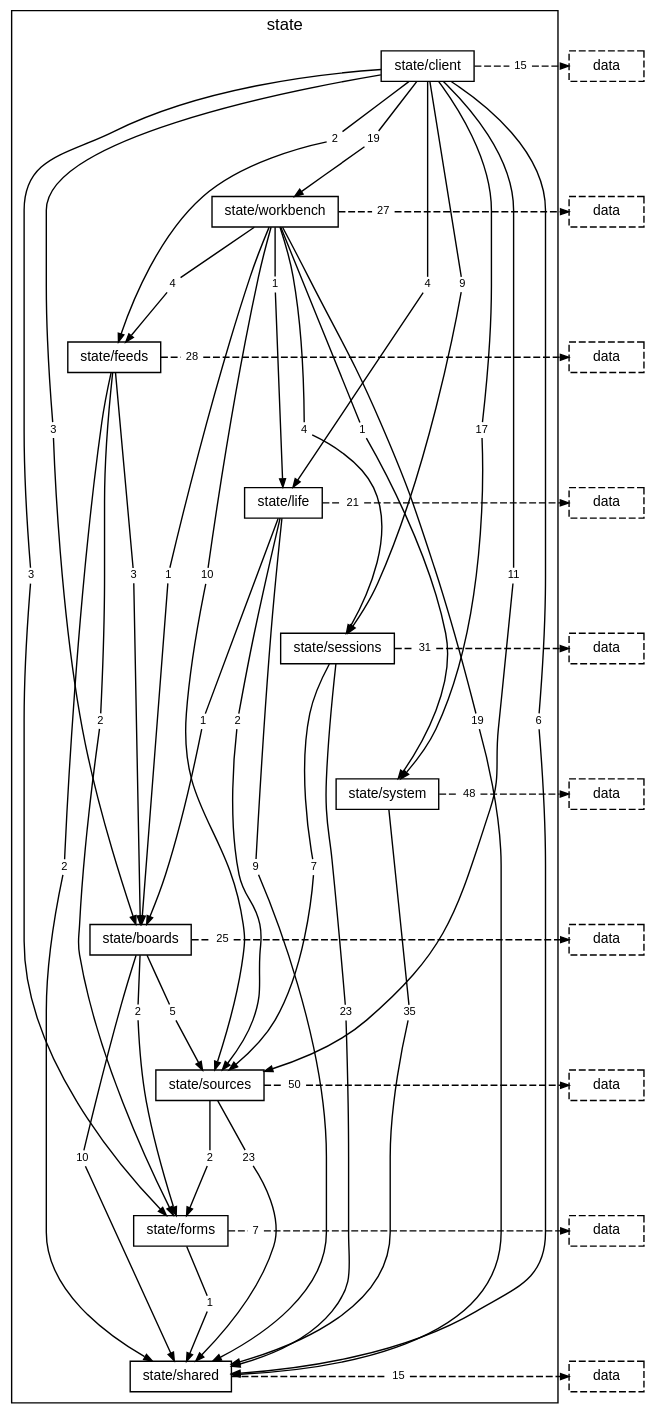
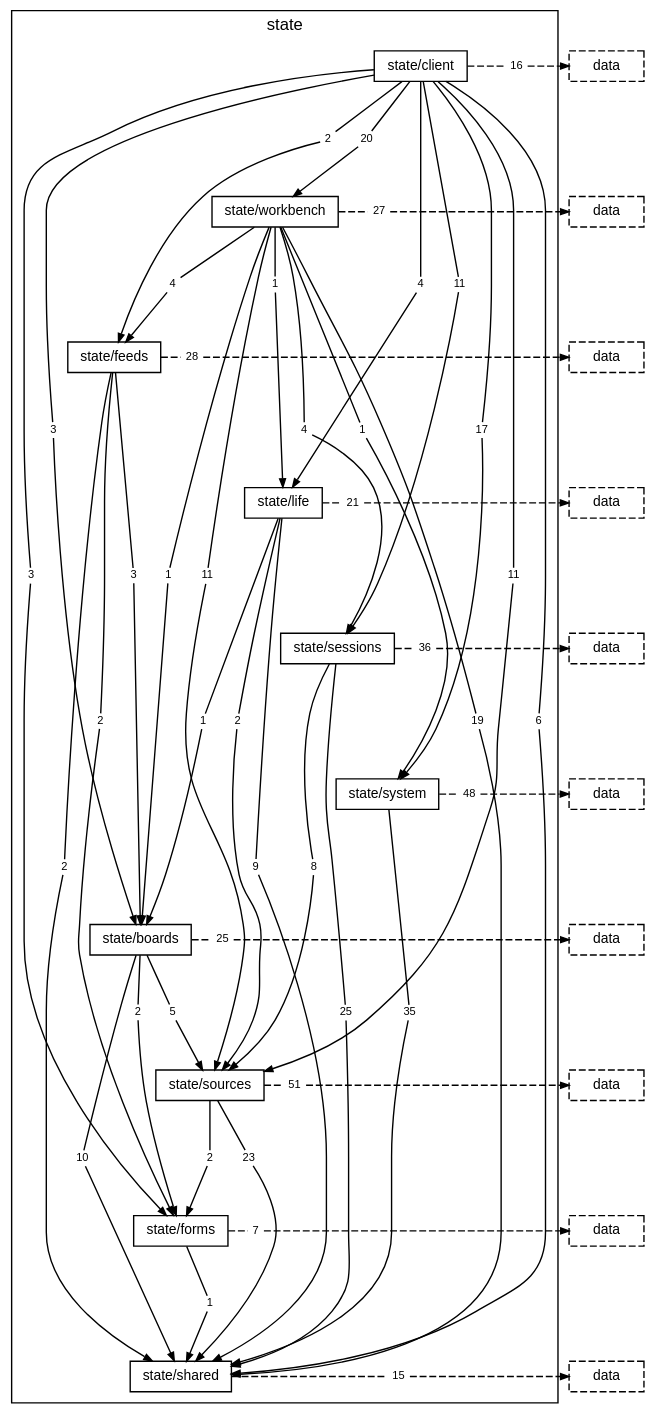
One commit to TheAxeC/oculus changed the diagram in docs/diagrams/layer-state.dot. Above: the diagram before and after it, drawn with Graphviz. The commit also changed 132 other files, not shown here.

```diff
--- a/docs/diagrams/layer-state.dot
+++ b/docs/diagrams/layer-state.dot
@@ -18,18 +18,18 @@
         "folder state/client to folder state/feeds" [label="2", shape=box, color="transparent", fontsize=8, width=0, height=0, margin="0.04,0.02"];
         "folder state/client to folder state/forms" [label="3", shape=box, color="transparent", fontsize=8, width=0, height=0, margin="0.04,0.02"];
         "folder state/client to folder state/life" [label="4", shape=box, color="transparent", fontsize=8, width=0, height=0, margin="0.04,0.02"];
-        "folder state/client to folder state/sessions" [label="9", shape=box, color="transparent", fontsize=8, width=0, height=0, margin="0.04,0.02"];
+        "folder state/client to folder state/sessions" [label="11", shape=box, color="transparent", fontsize=8, width=0, height=0, margin="0.04,0.02"];
         "folder state/client to folder state/shared" [label="6", shape=box, color="transparent", fontsize=8, width=0, height=0, margin="0.04,0.02"];
         "folder state/client to folder state/sources" [label="11", shape=box, color="transparent", fontsize=8, width=0, height=0, margin="0.04,0.02"];
         "folder state/client to folder state/system" [label="17", shape=box, color="transparent", fontsize=8, width=0, height=0, margin="0.04,0.02"];
-        "folder state/client to folder state/workbench" [label="19", shape=box, color="transparent", fontsize=8, width=0, height=0, margin="0.04,0.02"];
-        "folder state/client to layer data" [label="15", shape=box, color="transparent", fontsize=8, width=0, height=0, margin="0.04,0.02"];
+        "folder state/client to folder state/workbench" [label="20", shape=box, color="transparent", fontsize=8, width=0, height=0, margin="0.04,0.02"];
+        "folder state/client to layer data" [label="16", shape=box, color="transparent", fontsize=8, width=0, height=0, margin="0.04,0.02"];
         "folder state/workbench to folder state/boards" [label="1", shape=box, color="transparent", fontsize=8, width=0, height=0, margin="0.04,0.02"];
         "folder state/workbench to folder state/feeds" [label="4", shape=box, color="transparent", fontsize=8, width=0, height=0, margin="0.04,0.02"];
         "folder state/workbench to folder state/life" [label="1", shape=box, color="transparent", fontsize=8, width=0, height=0, margin="0.04,0.02"];
         "folder state/workbench to folder state/sessions" [label="4", shape=box, color="transparent", fontsize=8, width=0, height=0, margin="0.04,0.02"];
         "folder state/workbench to folder state/shared" [label="19", shape=box, color="transparent", fontsize=8, width=0, height=0, margin="0.04,0.02"];
-        "folder state/workbench to folder state/sources" [label="10", shape=box, color="transparent", fontsize=8, width=0, height=0, margin="0.04,0.02"];
+        "folder state/workbench to folder state/sources" [label="11", shape=box, color="transparent", fontsize=8, width=0, height=0, margin="0.04,0.02"];
         "folder state/workbench to folder state/system" [label="1", shape=box, color="transparent", fontsize=8, width=0, height=0, margin="0.04,0.02"];
         "folder state/workbench to layer data" [label="27", shape=box, color="transparent", fontsize=8, width=0, height=0, margin="0.04,0.02"];
         "folder state/feeds to folder state/boards" [label="3", shape=box, color="transparent", fontsize=8, width=0, height=0, margin="0.04,0.02"];
@@ -40,9 +40,9 @@
         "folder state/life to folder state/shared" [label="9", shape=box, color="transparent", fontsize=8, width=0, height=0, margin="0.04,0.02"];
         "folder state/life to folder state/sources" [label="2", shape=box, color="transparent", fontsize=8, width=0, height=0, margin="0.04,0.02"];
         "folder state/life to layer data" [label="21", shape=box, color="transparent", fontsize=8, width=0, height=0, margin="0.04,0.02"];
-        "folder state/sessions to folder state/shared" [label="23", shape=box, color="transparent", fontsize=8, width=0, height=0, margin="0.04,0.02"];
-        "folder state/sessions to folder state/sources" [label="7", shape=box, color="transparent", fontsize=8, width=0, height=0, margin="0.04,0.02"];
-        "folder state/sessions to layer data" [label="31", shape=box, color="transparent", fontsize=8, width=0, height=0, margin="0.04,0.02"];
+        "folder state/sessions to folder state/shared" [label="25", shape=box, color="transparent", fontsize=8, width=0, height=0, margin="0.04,0.02"];
+        "folder state/sessions to folder state/sources" [label="8", shape=box, color="transparent", fontsize=8, width=0, height=0, margin="0.04,0.02"];
+        "folder state/sessions to layer data" [label="36", shape=box, color="transparent", fontsize=8, width=0, height=0, margin="0.04,0.02"];
         "folder state/system to folder state/shared" [label="35", shape=box, color="transparent", fontsize=8, width=0, height=0, margin="0.04,0.02"];
         "folder state/system to layer data" [label="48", shape=box, color="transparent", fontsize=8, width=0, height=0, margin="0.04,0.02"];
         "folder state/boards to folder state/forms" [label="2", shape=box, color="transparent", fontsize=8, width=0, height=0, margin="0.04,0.02"];
@@ -51,7 +51,7 @@
         "folder state/boards to layer data" [label="25", shape=box, color="transparent", fontsize=8, width=0, height=0, margin="0.04,0.02"];
         "folder state/sources to folder state/forms" [label="2", shape=box, color="transparent", fontsize=8, width=0, height=0, margin="0.04,0.02"];
         "folder state/sources to folder state/shared" [label="23", shape=box, color="transparent", fontsize=8, width=0, height=0, margin="0.04,0.02"];
-        "folder state/sources to layer data" [label="50", shape=box, color="transparent", fontsize=8, width=0, height=0, margin="0.04,0.02"];
+        "folder state/sources to layer data" [label="51", shape=box, color="transparent", fontsize=8, width=0, height=0, margin="0.04,0.02"];
         "folder state/forms to folder state/shared" [label="1", shape=box, color="transparent", fontsize=8, width=0, height=0, margin="0.04,0.02"];
         "folder state/forms to layer data" [label="7", shape=box, color="transparent", fontsize=8, width=0, height=0, margin="0.04,0.02"];
         "folder state/shared to layer data" [label="15", shape=box, color="transparent", fontsize=8, width=0, height=0, margin="0.04,0.02"];
```
